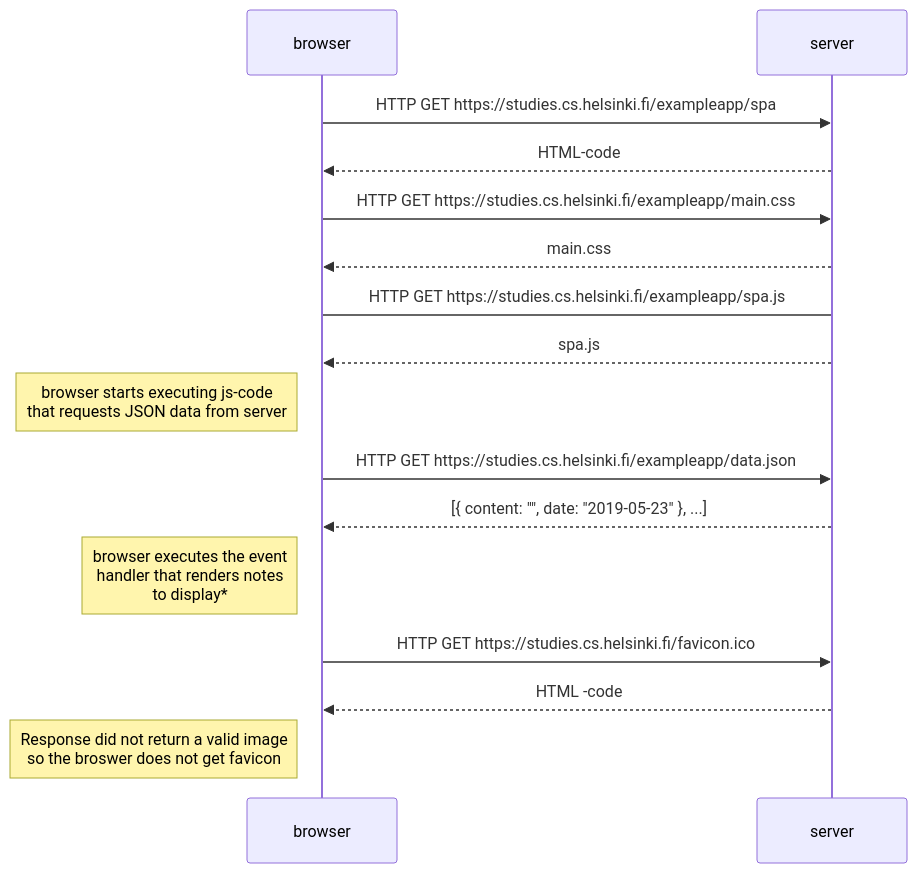
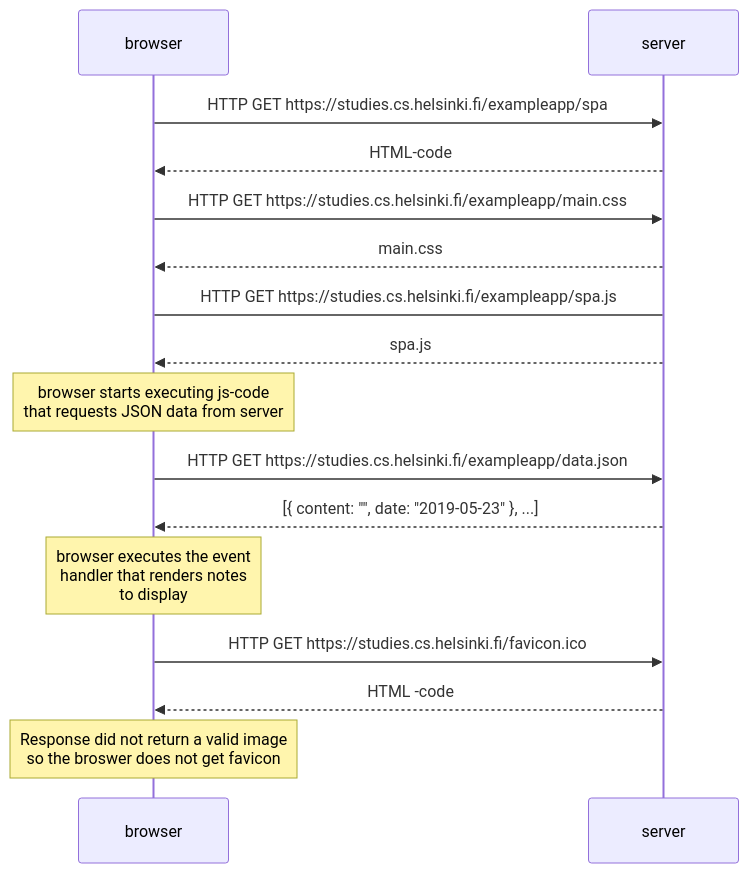
Before and after one commit to ikeronx/fullstackopen2022: the diagram in part0/part0-5.md, drawn with Mermaid.

````diff
--- a/part0/part0-5.md
+++ b/part0/part0-5.md
@@ -2,16 +2,16 @@
 ```mermaid
  sequenceDiagram
     browser->>server:  HTTP GET https://studies.cs.helsinki.fi/exampleapp/spa
     server-->>browser: HTML-code
     browser->>server: HTTP GET https://studies.cs.helsinki.fi/exampleapp/main.css
     server-->>browser: main.css
     browser->server: HTTP GET https://studies.cs.helsinki.fi/exampleapp/spa.js
     server-->>browser: spa.js
-    Note left of browser: browser starts executing js-code <br> that requests JSON data from server 
+    Note over browser: browser starts executing js-code <br> that requests JSON data from server 
     browser->>server: HTTP GET https://studies.cs.helsinki.fi/exampleapp/data.json
     server-->>browser: [{ content: "", date: "2019-05-23" }, ...]
-    Note left of browser: browser executes the event <br> handler that renders notes <br>to display*
+    Note over browser: browser executes the event <br> handler that renders notes <br>to display
    browser->>server: HTTP GET https://studies.cs.helsinki.fi/favicon.ico
    server-->>browser: HTML -code
-   Note left of browser: Response did not return a valid image <br> so the broswer does not get favicon 
+   Note over browser: Response did not return a valid image <br> so the broswer does not get favicon 
 ```
````
